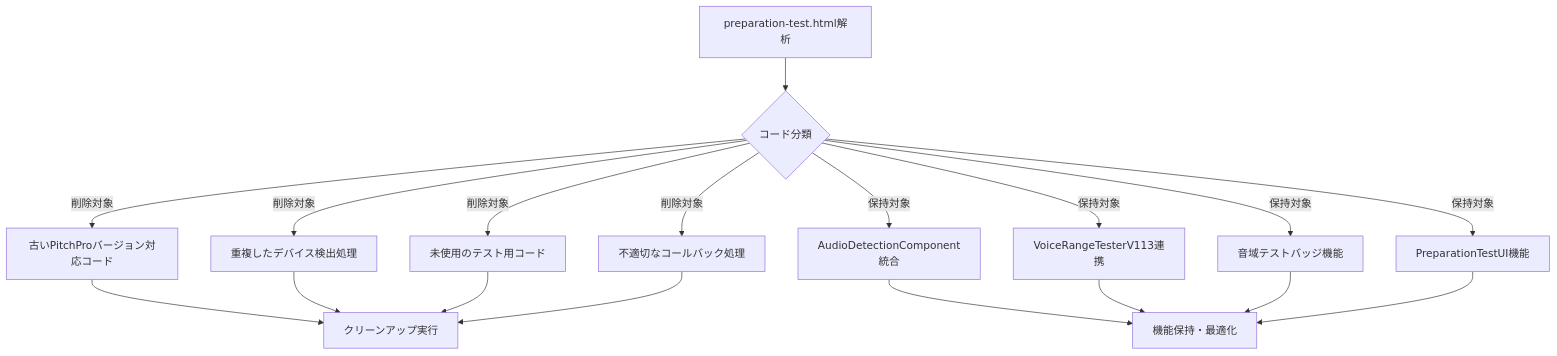
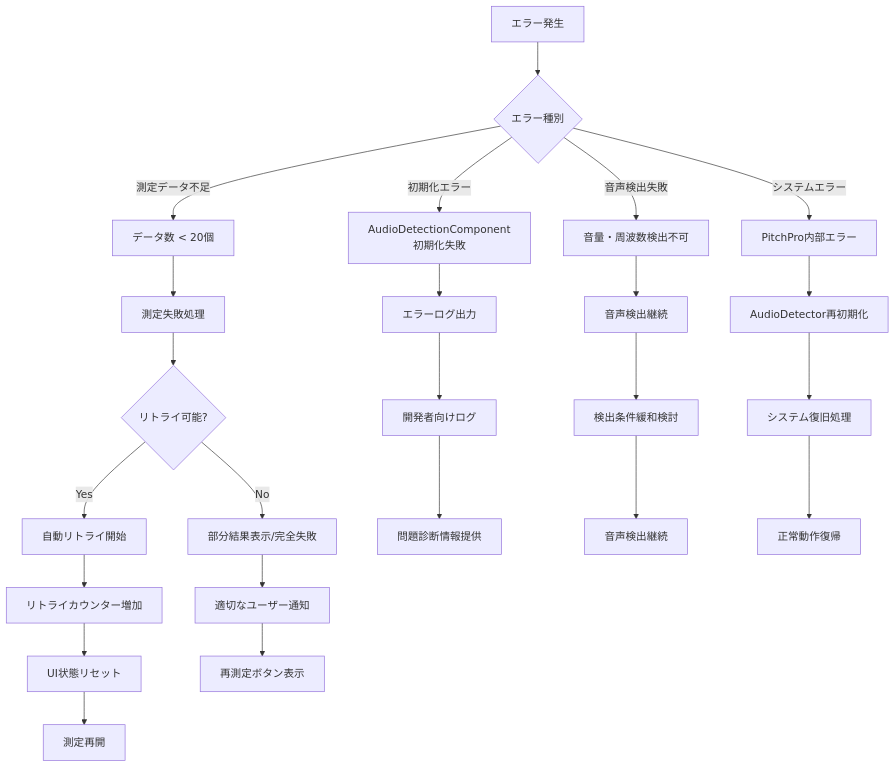
One commit to kiyopi/Relative-pitch-app changed the ninth of 10 diagrams in VOICE_RANGE_TEST_FLOW_DIAGRAM.md. Above: the diagram before and after it, drawn with Mermaid. The commit also changed other lines of this file and 79 other files, not shown here.

````diff
--- a/VOICE_RANGE_TEST_FLOW_DIAGRAM.md
+++ b/VOICE_RANGE_TEST_FLOW_DIAGRAM.md
@@ -341,24 +329,33 @@
 ```mermaid
 flowchart TD
-    A[preparation-test.html解析] --> B{コード分類}
-    
-    B -->|削除対象| C[古いPitchProバージョン対応コード]
-    B -->|削除対象| D[重複したデバイス検出処理]  
-    B -->|削除対象| E[未使用のテスト用コード]
-    B -->|削除対象| F[不適切なコールバック処理]
-    
-    B -->|保持対象| G[AudioDetectionComponent統合]
-    B -->|保持対象| H[VoiceRangeTesterV113連携]
-    B -->|保持対象| I[音域テストバッジ機能]
-    B -->|保持対象| J[PreparationTestUI機能]
-    
-    C --> K[クリーンアップ実行]
-    D --> K
-    E --> K
-    F --> K
-    
-    G --> L[機能保持・最適化]
-    H --> L
-    I --> L
-    J --> L
+    A[エラー発生] --> B{エラー種別}
+
+    B -->|初期化エラー| C[AudioDetectionComponent初期化失敗]
+    B -->|測定データ不足| D[データ数 < 20個]
+    B -->|音声検出失敗| E[音量・周波数検出不可]
+    B -->|システムエラー| F[PitchPro内部エラー]
+
+    C --> G[エラーログ出力]
+    D --> H[測定失敗処理]
+    E --> I[音声検出継続]
+    F --> J[AudioDetector再初期化]
+
+    H --> K{リトライ可能?}
+    K -->|Yes| L[自動リトライ開始]
+    K -->|No| M[部分結果表示/完全失敗]
+
+    L --> N[リトライカウンター増加]
+    N --> O[UI状態リセット]
+    O --> P[測定再開]
+
+    M --> Q[適切なユーザー通知]
+    Q --> R[再測定ボタン表示]
+
+    G --> S[開発者向けログ]
+    I --> T[検出条件緩和検討]
+    J --> U[システム復旧処理]
+
+    S --> V[問題診断情報提供]
+    T --> W[音声検出継続]
+    U --> X[正常動作復帰]
 ```
````
